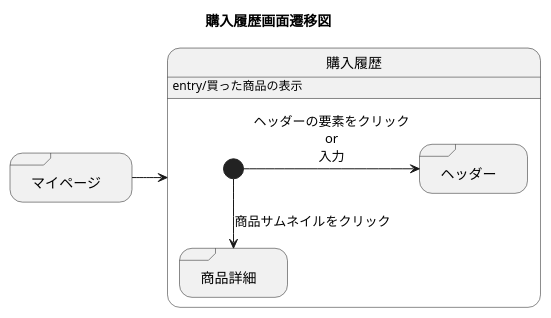
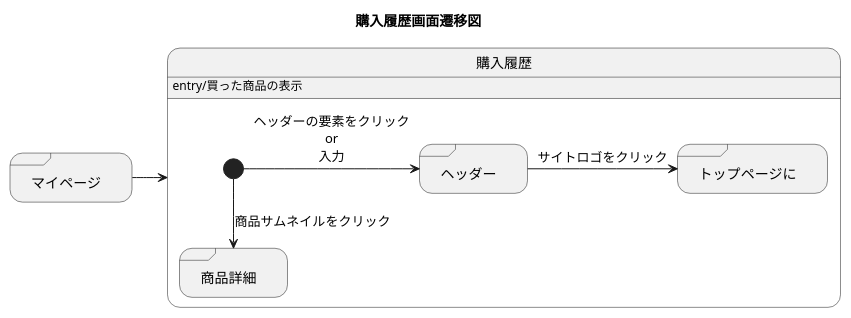
The diagram in 購入履歴.md (akutori/T-D-E), drawn with PlantUML before and after one commit. The commit also changed 1 other file, not shown here.

Commit message:
遷移追加

````diff
--- a/購入履歴.md
+++ b/購入履歴.md
@@ -1,17 +1,18 @@
 ```uml
 @startuml
 title 購入履歴画面遷移図
 state 購入履歴:entry/買った商品の表示
 state "マイページ" as mypage <<sdlreceive>>
 mypage -> 購入履歴
 state 購入履歴{
     state "ヘッダー" as headder<<sdlreceive>>
     state "商品詳細" as goodsdetail<<sdlreceive>>
+    state "トップページに" as main<<sdlreceive>>
     [*]->headder :ヘッダーの要素をクリック\nor\n入力
     [*]-->goodsdetail : 商品サムネイルをクリック
-    
+    headder -> main : サイトロゴをクリック
 }
 
 
 @enduml
 ```
````
